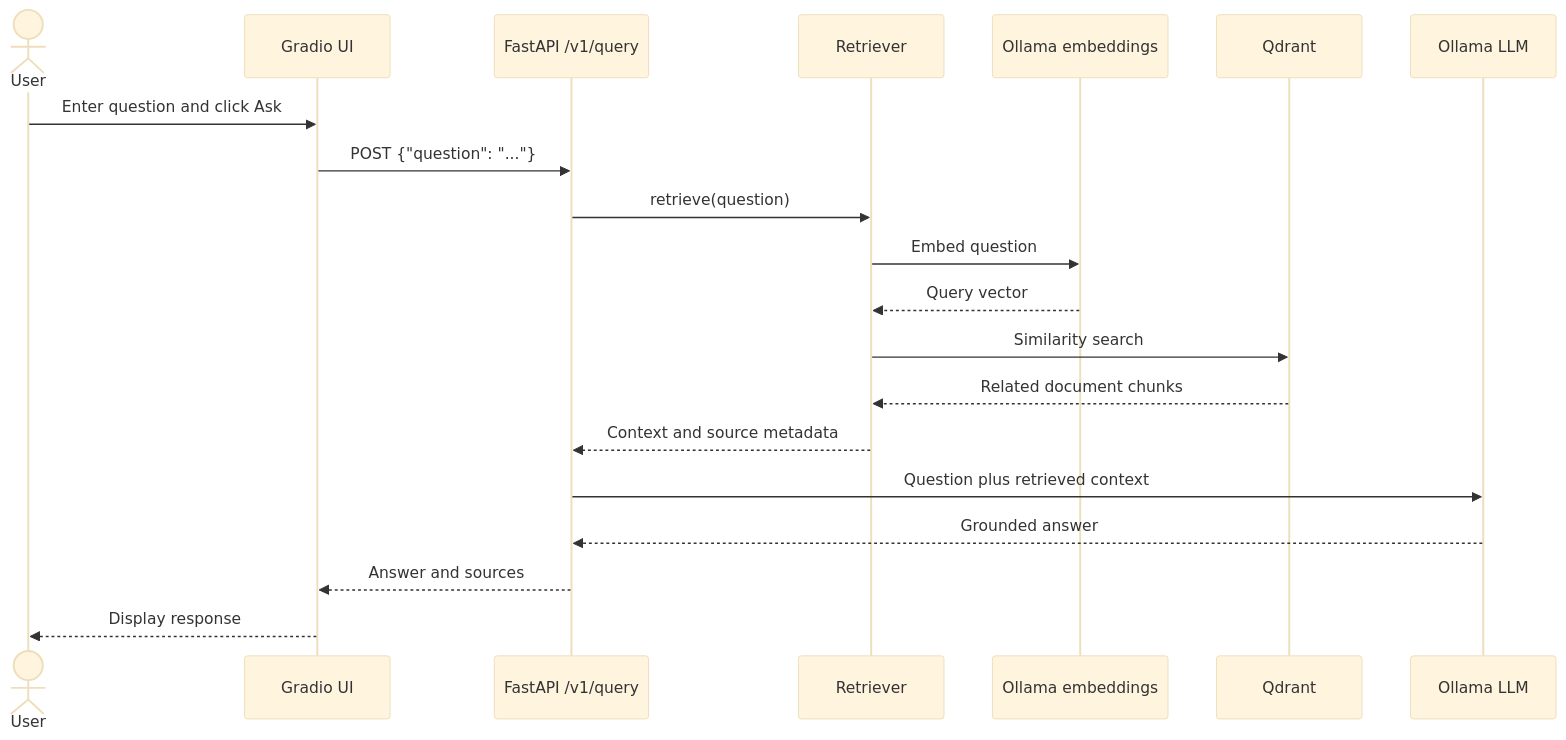
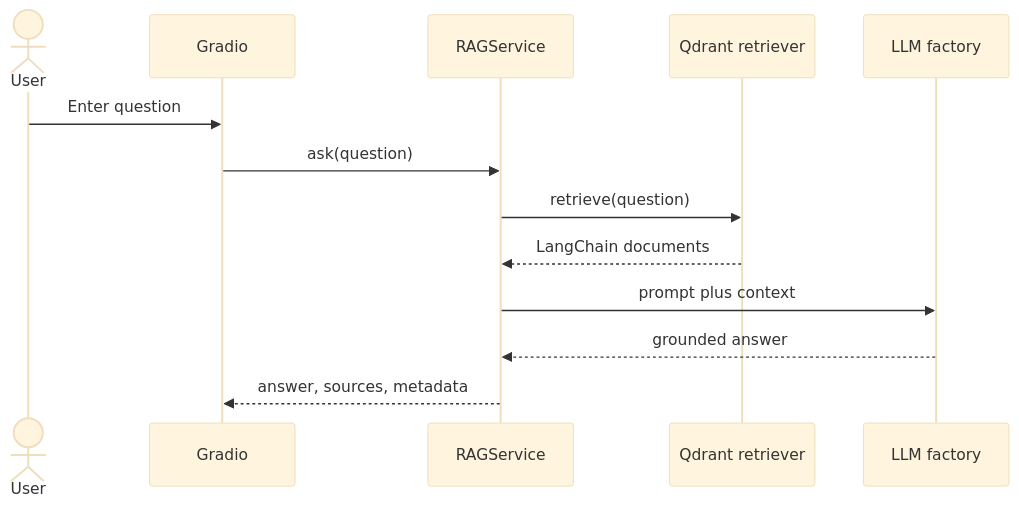
The second of 2 diagrams in README.md (Nagesh397/rag-project-langchain), drawn with Mermaid (base theme) before and after one commit. The commit also changed other lines of this file and 65 other files, not shown here.

````diff
--- a/README.md
+++ b/README.md
@@ -71,23 +75,15 @@
 ```mermaid
 sequenceDiagram
   actor User
-  participant UI as Gradio UI
-  participant API as FastAPI /v1/query
-  participant R as Retriever
-  participant E as Ollama embeddings
-  participant Q as Qdrant
-  participant L as Ollama LLM
-
-  User->>UI: Enter question and click Ask
-  UI->>API: POST {"question": "..."}
-  API->>R: retrieve(question)
-  R->>E: Embed question
-  E-->>R: Query vector
-  R->>Q: Similarity search
-  Q-->>R: Related document chunks
-  R-->>API: Context and source metadata
-  API->>L: Question plus retrieved context
-  L-->>API: Grounded answer
-  API-->>UI: Answer and sources
-  UI-->>User: Display response
+  participant UI as Gradio
+  participant R as RAGService
+  participant Q as Qdrant retriever
+  participant L as LLM factory
+  User->>UI: Enter question
+  UI->>R: ask(question)
+  R->>Q: retrieve(question)
+  Q-->>R: LangChain documents
+  R->>L: prompt plus context
+  L-->>R: grounded answer
+  R-->>UI: answer, sources, metadata
 ```
````
